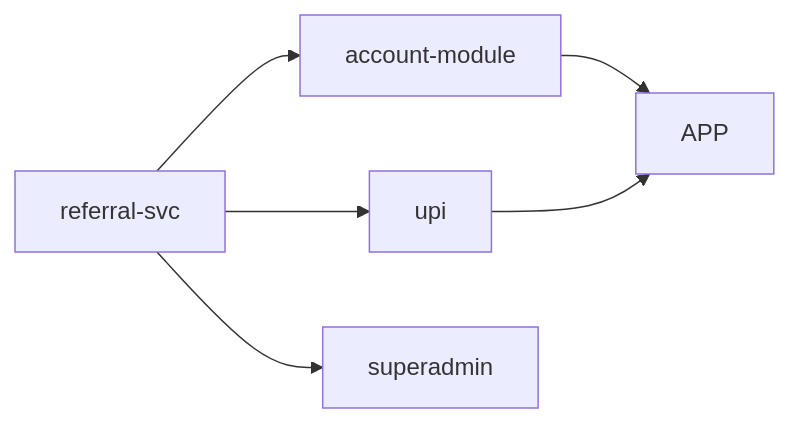
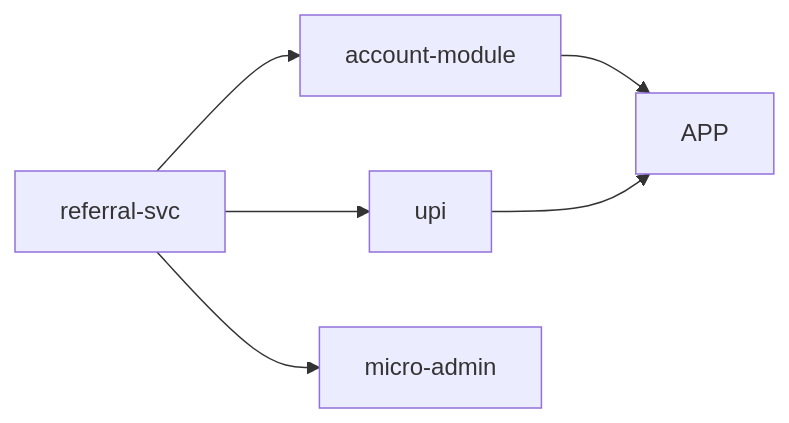
Before and after one commit to randallchang/referral_code: the sixth of 6 diagrams in Referral Code (好友推薦碼) Design Review.md, drawn with Mermaid. The commit also changed other lines of this file and 2 other files, not shown here.

````diff
--- a/Referral Code (好友推薦碼) Design Review.md
+++ b/Referral Code (好友推薦碼) Design Review.md
@@ -474,8 +495,8 @@
 ```mermaid
 graph LR
     A[referral-svc] --> B[account-module]
     A[referral-svc] --> C[upi]
-    A[referral-svc] --> D[superadmin]
+    A[referral-svc] --> D[micro-admin]
     B[account-module] --> APP
     C[upi] --> APP
 ```
````
